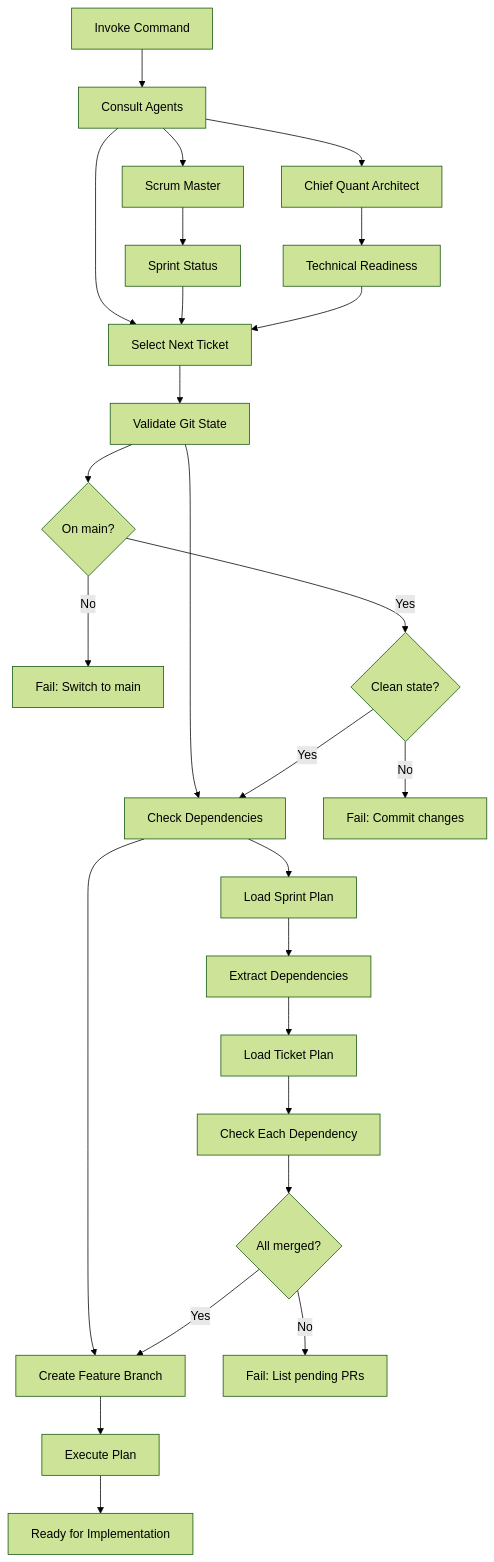
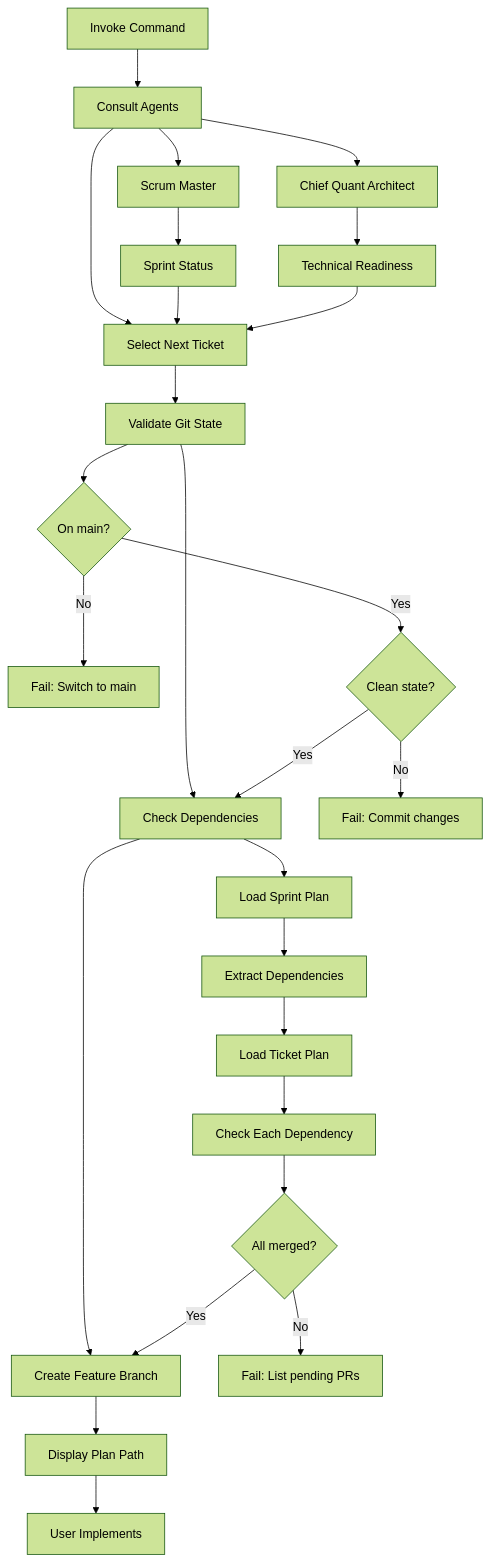
Before and after one commit to jxtngx/ib-interface: the first of 2 diagrams in .cursor/commands/run-ticket-plan.md, drawn with Mermaid (forest theme). The commit also changed other lines of this file, not shown here.

Commit message:
update run ticket plan

````diff
--- a/.cursor/commands/run-ticket-plan.md
+++ b/.cursor/commands/run-ticket-plan.md
@@ -15,31 +25,31 @@
 ```mermaid
 graph TD
     A[Invoke Command] --> B[Consult Agents]
     B --> C[Select Next Ticket]
     C --> D[Validate Git State]
     D --> E[Check Dependencies]
     E --> F[Create Feature Branch]
-    F --> G[Execute Plan]
-    G --> H[Ready for Implementation]
+    F --> G[Display Plan Path]
+    G --> H[User Implements]
     
     B --> B1[Scrum Master]
     B --> B2[Chief Quant Architect]
     B1 --> B3[Sprint Status]
     B2 --> B4[Technical Readiness]
     B3 --> C
     B4 --> C
     
     D --> D1{On main?}
     D1 -->|No| D2[Fail: Switch to main]
     D1 -->|Yes| D3{Clean state?}
     D3 -->|No| D4[Fail: Commit changes]
     D3 -->|Yes| E
     
     E --> E1[Load Sprint Plan]
     E1 --> E2[Extract Dependencies]
     E2 --> E3[Load Ticket Plan]
     E3 --> E4[Check Each Dependency]
     E4 --> E5{All merged?}
     E5 -->|No| E6[Fail: List pending PRs]
     E5 -->|Yes| F
 ```
````
